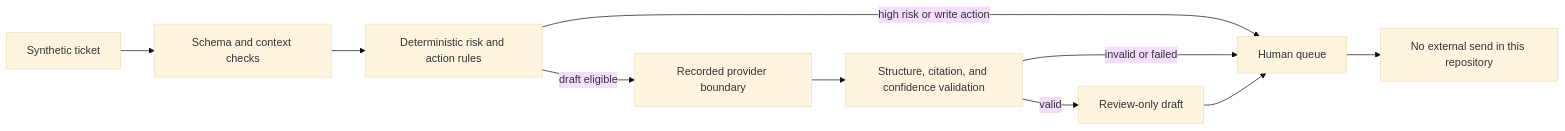
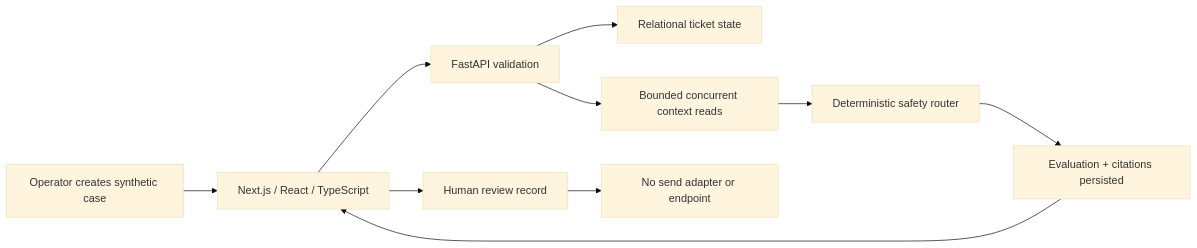
One commit to hohuyblon-stack/support-inbox-autopilot-proof changed the diagram in README.md. Above: the diagram before and after it, drawn with Mermaid (base theme). The commit also changed other lines of this file and 18 other files, not shown here.

````diff
--- a/README.md
+++ b/README.md
@@ -37,12 +37,12 @@
 ```mermaid
 flowchart LR
-    A["Synthetic ticket"] --> B["Schema and context checks"]
-    B --> C["Deterministic risk and action rules"]
-    C -->|"high risk or write action"| H["Human queue"]
-    C -->|"draft eligible"| P["Recorded provider boundary"]
-    P --> V["Structure, citation, and confidence validation"]
-    V -->|"valid"| R["Review-only draft"]
-    V -->|"invalid or failed"| H
-    R --> H
-    H --> X["No external send in this repository"]
+    O["Operator creates synthetic case"] --> W["Next.js / React / TypeScript"]
+    W --> A["FastAPI validation"]
+    A --> D["Relational ticket state"]
+    A --> C["Bounded concurrent context reads"]
+    C --> R["Deterministic safety router"]
+    R --> E["Evaluation + citations persisted"]
+    E --> W
+    W --> H["Human review record"]
+    H --> X["No send adapter or endpoint"]
 ```
````
